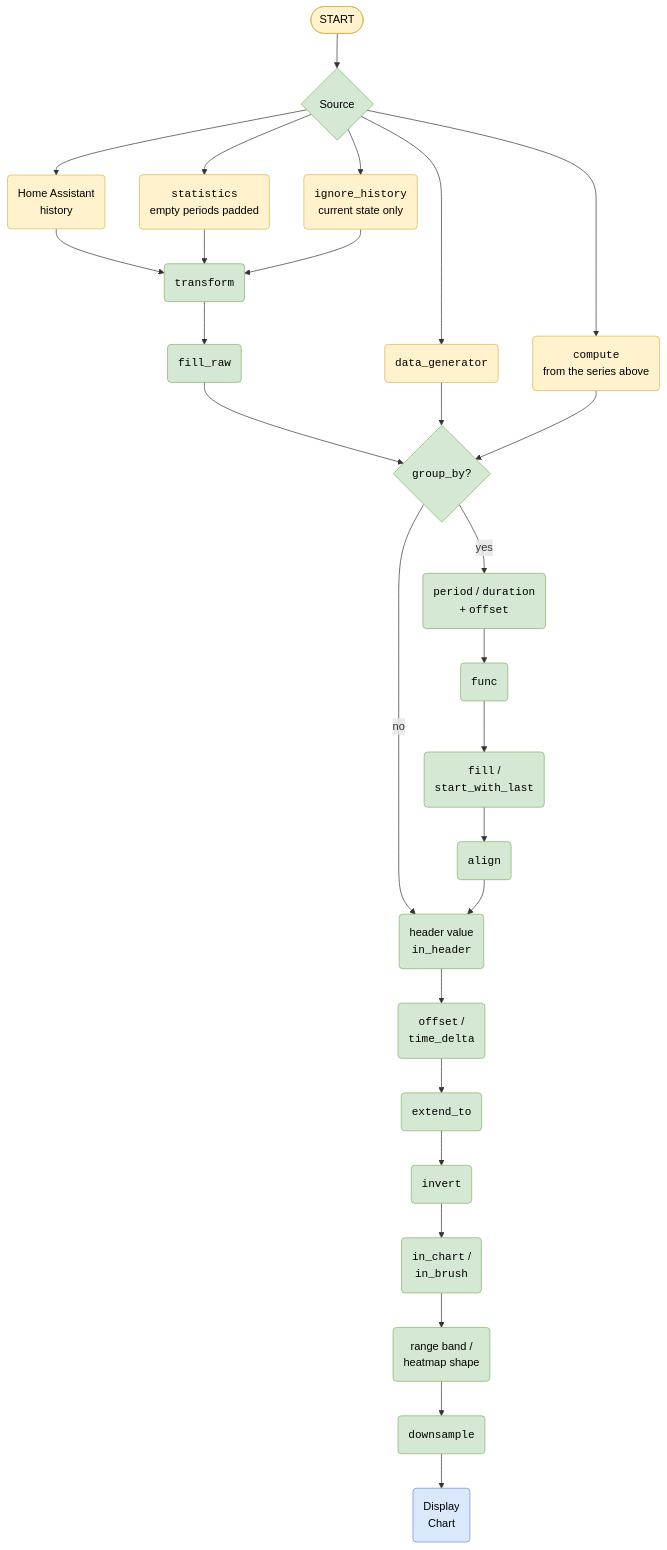
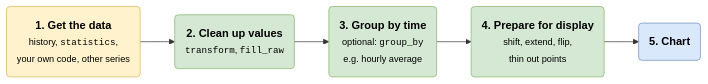
The diagram in docs/data_processing_chart.mmd (Gyang91/apexcharts-card), drawn with Mermaid before and after one commit. The commit also changed 2 other files, not shown here.

Commit message:
docs: data processing steps in five plain-language steps
The detailed diagram showed every option and was hard to follow for
readers new to the card. It now shows five steps from left to right (get
the data, clean up values, group by time, prepare for display, chart),
in the original colours, with the option names in small print. The list
below it gives the details and exceptions in plain words.

Claude-Session: https://claude.ai/code/session_01DMKc69kS4DwJLWBTStB7uD

```diff
--- a/docs/data_processing_chart.mmd
+++ b/docs/data_processing_chart.mmd
@@ -1,39 +1,17 @@
-%% Source of docs/data_processing_chart.png: how one series' data is processed.
+%% Source of docs/data_processing_chart.png: how one series' data is processed, in plain words.
 %% Render with mermaid (e.g. https://mermaid.live) and replace the PNG after a change.
-%% Colours follow the original diagram: sources yellow, steps green, chart blue.
-flowchart TD
-  start([START]) --> src{Source}
-  src --> hist(Home Assistant<br/>history)
-  src --> stats("<code>statistics</code><br/>empty periods padded")
-  src --> now("<code>ignore_history</code><br/>current state only")
-  src --> gen("<code>data_generator</code>")
-  src --> comp("<code>compute</code><br/>from the series above")
-  hist --> tr("<code>transform</code>")
-  stats --> tr
-  now --> tr
-  tr --> fr("<code>fill_raw</code>")
-  fr --> gb{"<code>group_by</code>?"}
-  gen --> gb
-  comp --> gb
-  gb -->|yes| fd("<code>period</code> / <code>duration</code><br/>+ <code>offset</code>")
-  fd --> fn("<code>func</code>")
-  fn --> gf("<code>fill</code> /<br/><code>start_with_last</code>")
-  gf --> al("<code>align</code>")
-  gb -->|no| hv
-  al --> hv(header value<br/><code>in_header</code>)
-  hv --> sh("<code>offset</code> /<br/><code>time_delta</code>")
-  sh --> ext("<code>extend_to</code>")
-  ext --> inv("<code>invert</code>")
-  inv --> sp("<code>in_chart</code> /<br/><code>in_brush</code>")
-  sp --> shape(range band /<br/>heatmap shape)
-  shape --> ds("<code>downsample</code>")
-  ds --> chart(Display<br/>Chart)
+%% Colours follow the original diagram: source yellow, steps green, chart blue.
+flowchart LR
+  get("<b>1. Get the data</b><br/><small>history, <code>statistics</code>,<br/>your own code, other series</small>")
+  clean("<b>2. Clean up values</b><br/><small><code>transform</code>, <code>fill_raw</code></small>")
+  group("<b>3. Group by time</b><br/><small>optional: <code>group_by</code><br/>e.g. hourly average</small>")
+  prep("<b>4. Prepare for display</b><br/><small>shift, extend, flip,<br/>thin out points</small>")
+  chart("<b>5. Chart</b>")
+  get --> clean --> group --> prep --> chart
 
   classDef source fill:#fff2cc,stroke:#d6b656,color:#000
   classDef step fill:#d5e8d4,stroke:#82b366,color:#000
   classDef output fill:#dae8fc,stroke:#6c8ebf,color:#000
-  classDef plain fill:#fff,stroke:#fff,color:#000
-  class hist,stats,now,gen,comp source
-  class tr,fr,gb,fd,fn,gf,al,hv,sh,ext,inv,sp,shape,ds,src step
+  class get source
+  class clean,group,prep step
   class chart output
-  class start source
```
